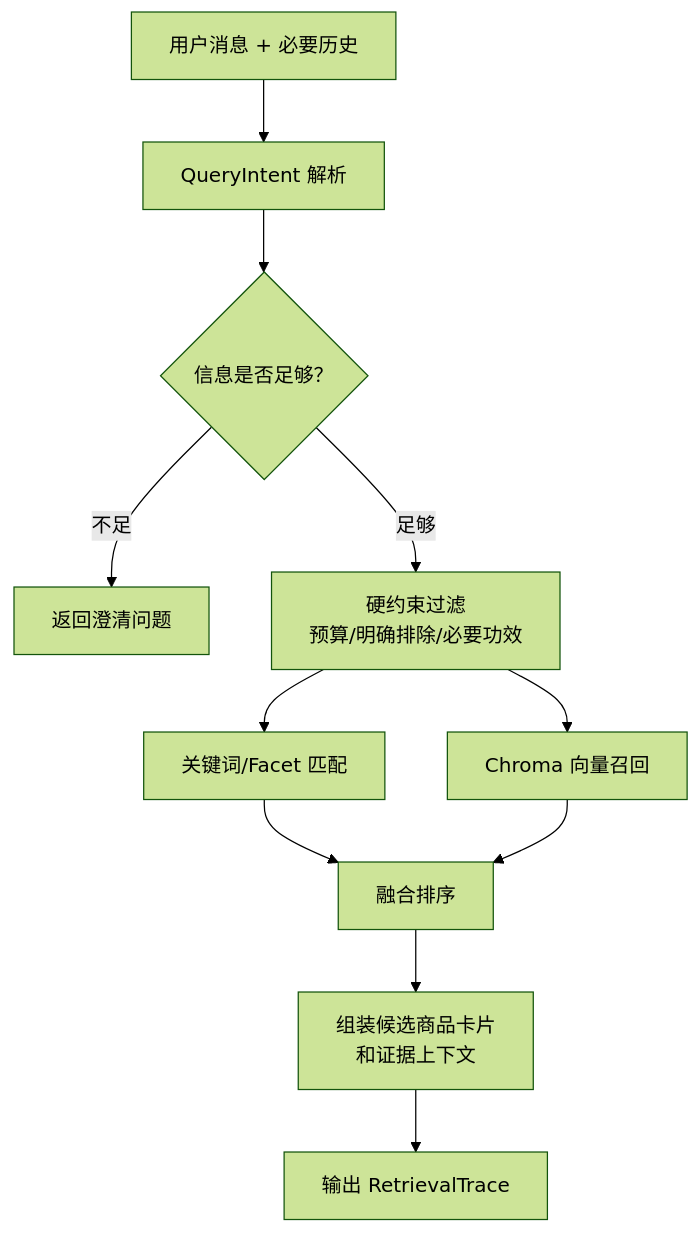
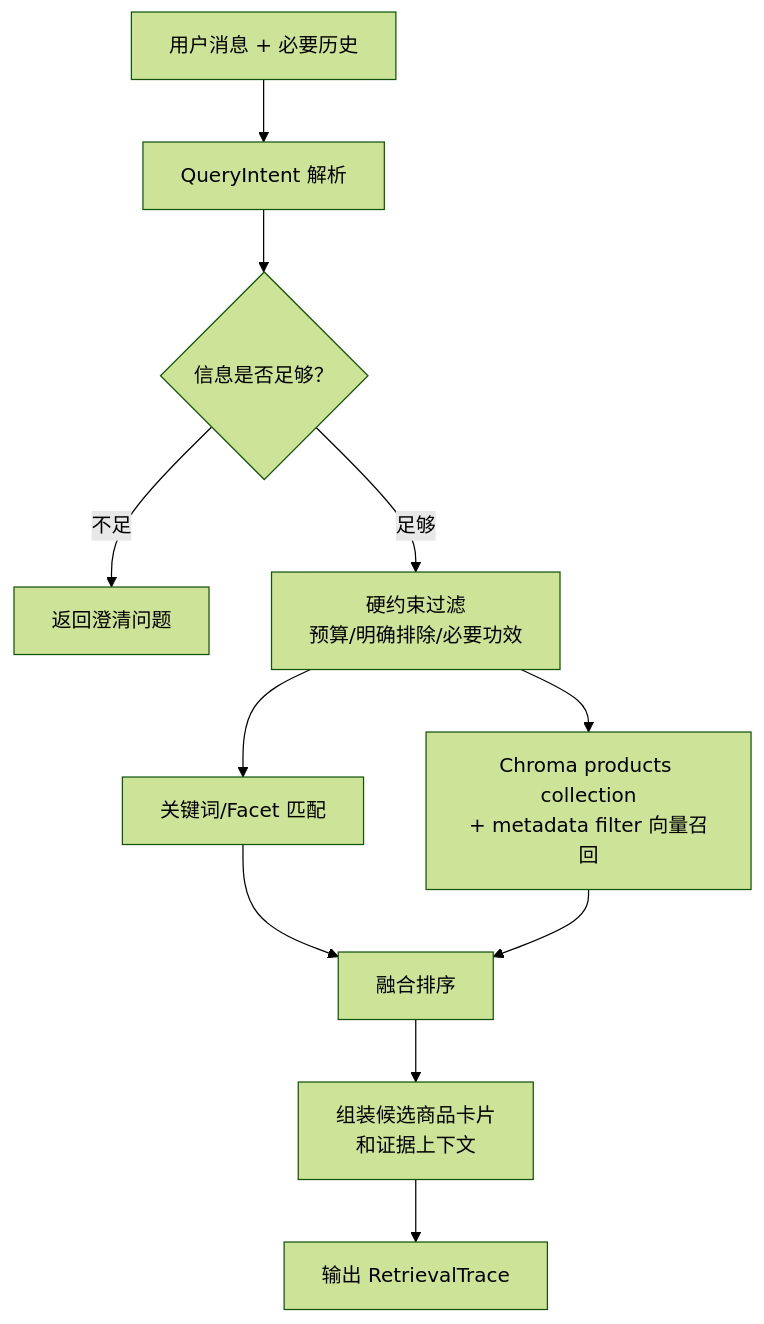
The second of 2 diagrams in docs/10_architecture.md (saki-37/bytedance-rag-shopping-agent), drawn with Mermaid (forest theme) before and after one commit. The commit also changed other lines of this file and 8 other files, not shown here.

````diff
--- a/docs/10_architecture.md
+++ b/docs/10_architecture.md
@@ -110,13 +110,13 @@
 ```mermaid
 flowchart TD
     M["用户消息 + 必要历史"] --> P["QueryIntent 解析"]
     P --> GATE{"信息是否足够？"}
     GATE -->|"不足"| ASK["返回澄清问题"]
     GATE -->|"足够"| HF["硬约束过滤<br/>预算/明确排除/必要功效"]
     HF --> KW["关键词/Facet 匹配"]
-    HF --> VE["Chroma 向量召回"]
+    HF --> VE["Chroma products collection<br/>+ metadata filter 向量召回"]
     KW --> RANK["融合排序"]
     VE --> RANK
     RANK --> CTX["组装候选商品卡片<br/>和证据上下文"]
     CTX --> TRACE["输出 RetrievalTrace"]
 ```
````
